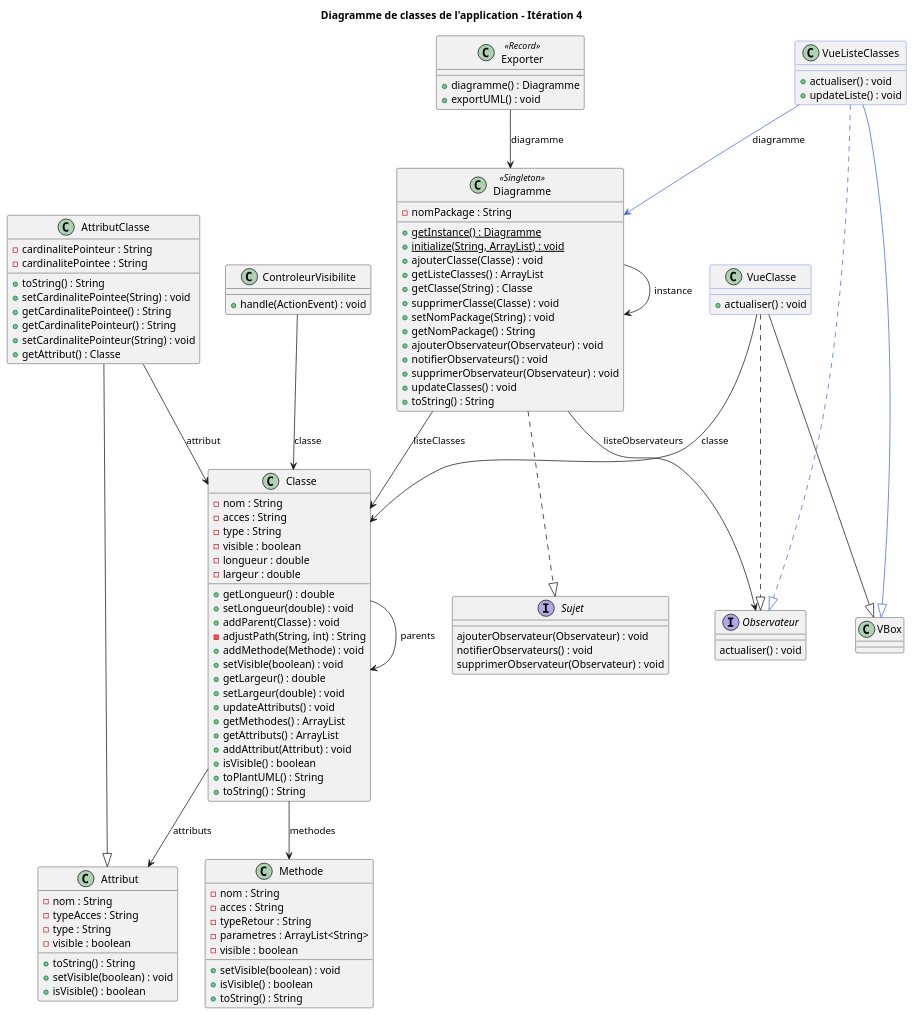
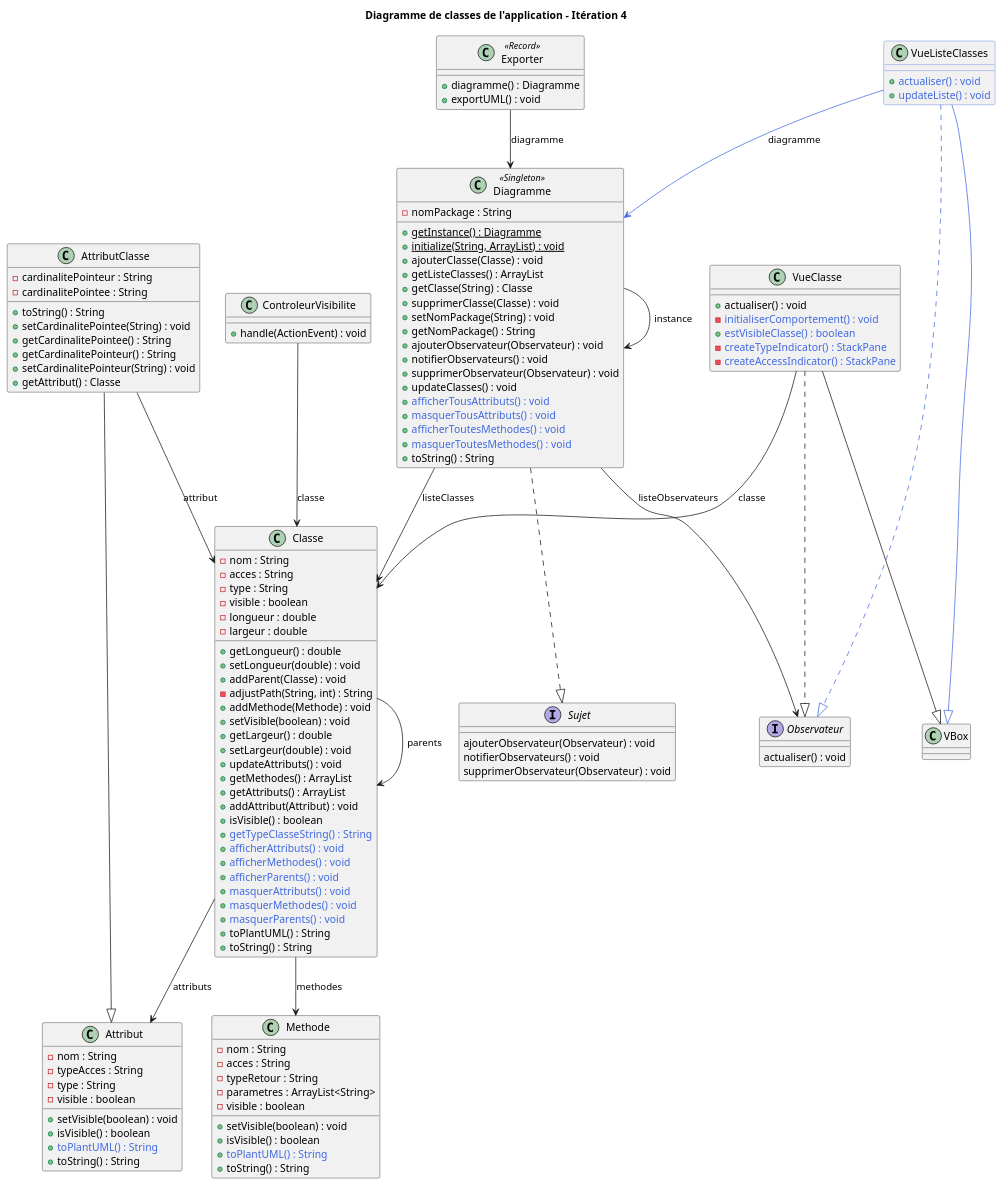
One commit to remi-choffat/S3-01 changed the diagram in documents/iteration4/diagramme_classes_global.puml. Above: the diagram before and after it, drawn with PlantUML.

Commit message:
Diagramme de classes - Itération 4

```diff
--- a/documents/iteration4/diagramme_classes_global.puml
+++ b/documents/iteration4/diagramme_classes_global.puml
@@ -1,121 +1,138 @@
 @startuml
 title Diagramme de classes de l'application - Itération 4
 
 class Diagramme <<Singleton>> {
 -nomPackage : String
 + {static} getInstance() : Diagramme
 + {static}initialize(String, ArrayList) : void
 + ajouterClasse(Classe) : void
 + getListeClasses() : ArrayList
 + getClasse(String) : Classe
 + supprimerClasse(Classe) : void
 + setNomPackage(String) : void
 + getNomPackage() : String
 + ajouterObservateur(Observateur) : void
 + notifierObservateurs() : void
 + supprimerObservateur(Observateur) : void
 + updateClasses() : void
++<color:royalBlue>afficherTousAttributs() : void
++<color:royalBlue>masquerTousAttributs() : void
++<color:royalBlue>afficherToutesMethodes() : void
++<color:royalBlue>masquerToutesMethodes() : void
 + toString() : String
 }
 Diagramme ..|> Sujet
 Diagramme --> Classe : listeClasses
 Diagramme --> Diagramme : instance
 Diagramme --> Observateur : listeObservateurs
 
 class Attribut {
 -nom : String
 -typeAcces : String
 -type : String
 -visible : boolean
-+ toString() : String
 + setVisible(boolean) : void
 + isVisible() : boolean
++<color:royalBlue>toPlantUML() : String
++ toString() : String
 }
 
 class AttributClasse {
 -cardinalitePointeur : String
 -cardinalitePointee : String
 + toString() : String
 + setCardinalitePointee(String) : void
 + getCardinalitePointee() : String
 + getCardinalitePointeur() : String
 + setCardinalitePointeur(String) : void
 + getAttribut() : Classe
 }
 AttributClasse --|> Attribut
 AttributClasse --> Classe : attribut
 
 class Methode {
 -nom : String
 -acces : String
 -typeRetour : String
 -parametres : ArrayList<String>
 -visible : boolean
 + setVisible(boolean) : void
 + isVisible() : boolean
++<color:royalBlue>toPlantUML() : String
 + toString() : String
 }
 
 class Exporter <<Record>> {
 + diagramme() : Diagramme
 + exportUML() : void
 }
 Exporter --> Diagramme : diagramme
 
 class Classe {
 -nom : String
 -acces : String
 -type : String
 -visible : boolean
 -longueur : double
 -largeur : double
 + getLongueur() : double
 + setLongueur(double) : void
 + addParent(Classe) : void
 - adjustPath(String, int) : String
 + addMethode(Methode) : void
 + setVisible(boolean) : void
 + getLargeur() : double
 + setLargeur(double) : void
 + updateAttributs() : void
 + getMethodes() : ArrayList
 + getAttributs() : ArrayList
 + addAttribut(Attribut) : void
 + isVisible() : boolean
++<color:royalBlue>getTypeClasseString() : String
++<color:royalBlue>afficherAttributs() : void
++<color:royalBlue>afficherMethodes() : void
++<color:royalBlue>afficherParents() : void
++<color:royalBlue>masquerAttributs() : void
++<color:royalBlue>masquerMethodes() : void
++<color:royalBlue>masquerParents() : void
 + toPlantUML() : String
 + toString() : String
 }
 Classe --> Classe : parents
 Classe --> Attribut : attributs
 Classe --> Methode : methodes
 
 interface Sujet {
  ajouterObservateur(Observateur) : void
  notifierObservateurs() : void
  supprimerObservateur(Observateur) : void
 }
 interface Observateur {
  actualiser() : void
 }
-class VueClasse ##royalBlue {
+class VueClasse {
 +  actualiser() : void
+-<color:royalBlue>initialiserComportement() : void
++<color:royalBlue>estVisibleClasse() : boolean
+-<color:royalBlue>createTypeIndicator() : StackPane
+-<color:royalBlue>createAccessIndicator() : StackPane
 }
 VueClasse ..|> Observateur
 VueClasse --|> VBox
 VueClasse --> Classe : classe
 
 class ControleurVisibilite {
 + handle(ActionEvent) : void
 }
 ControleurVisibilite --> Classe : classe
 
 
 class VueListeClasses ##royalBlue {
-+ actualiser() : void
-+ updateListe() : void
++<color:royalBlue>actualiser() : void
++<color:royalBlue>updateListe() : void
 }
 VueListeClasses .[#royalBlue].|> Observateur
 VueListeClasses -[#royalBlue]-|> VBox
 VueListeClasses -[#royalBlue]-> Diagramme : diagramme
 
 @enduml
```
